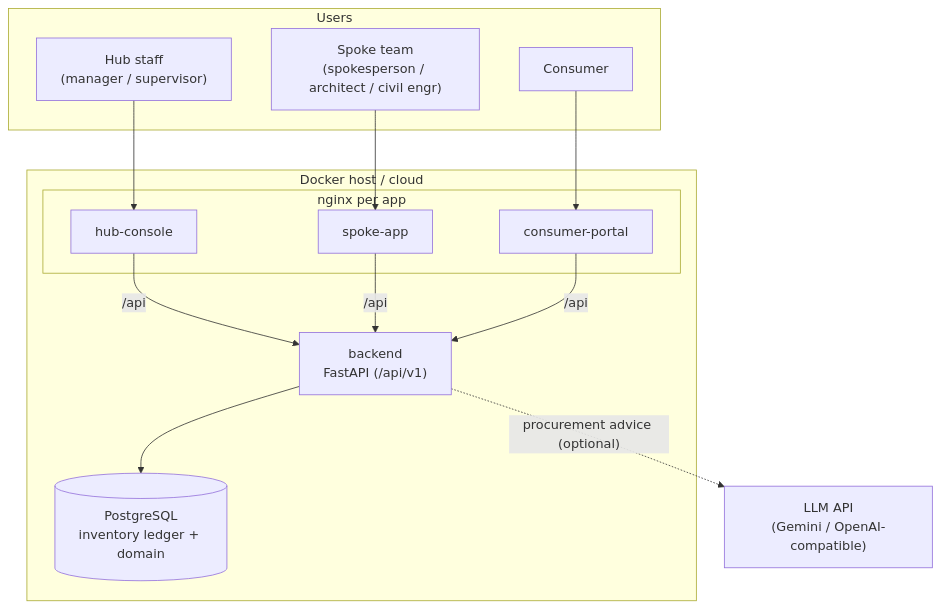
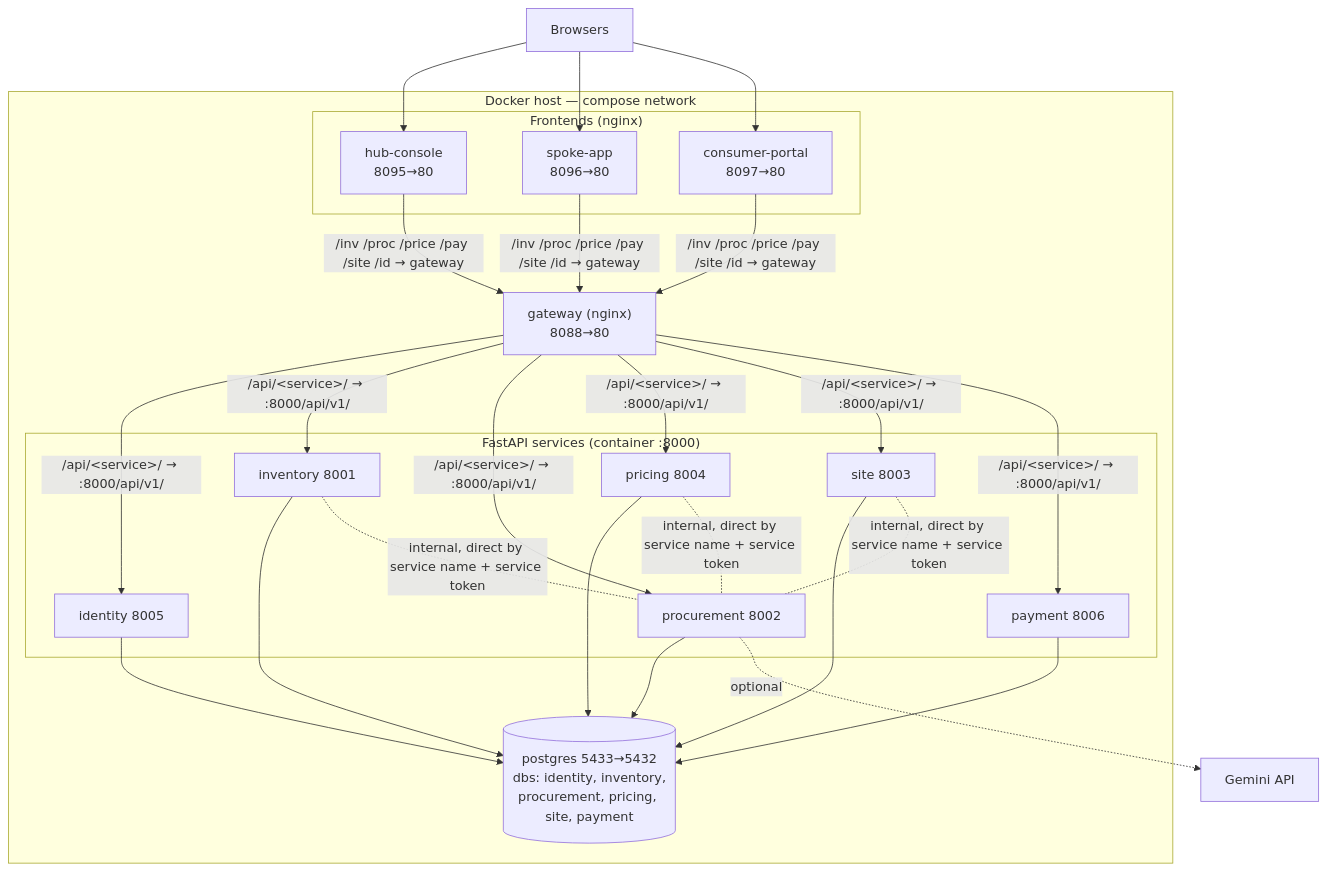
The diagram in docs/SLD.md (Tadipartirohith/CONSMAT-AI-V1), drawn with Mermaid before and after one commit. The commit also changed other lines of this file and 3 other files, not shown here.

````diff
--- a/docs/SLD.md
+++ b/docs/SLD.md
@@ -22,29 +15,29 @@
 ```mermaid
 flowchart TB
-    subgraph Browsers["Users"]
-        HubU["Hub staff<br/>(manager / supervisor)"]
-        SpokeU["Spoke team<br/>(spokesperson / architect / civil engr)"]
-        ConsU["Consumer"]
+    Browser["Browsers"]
+    subgraph Host["Docker host — compose network"]
+        subgraph Edge["Frontends (nginx)"]
+            HC["hub-console<br/>8095→80"]
+            SA["spoke-app<br/>8096→80"]
+            CP["consumer-portal<br/>8097→80"]
+        end
+        GW["gateway (nginx)<br/>8088→80"]
+        subgraph Services["FastAPI services (container :8000)"]
+            ID["identity 8005"]
+            INV["inventory 8001"]
+            PROC["procurement 8002"]
+            PRICE["pricing 8004"]
+            SITE["site 8003"]
+            PAY["payment 8006"]
+        end
+        DB[("postgres 5433→5432<br/>dbs: identity, inventory,<br/>procurement, pricing, site, payment")]
     end
+    LLM["Gemini API"]
 
-    subgraph Host["Docker host / cloud"]
-        subgraph Edge["nginx per app"]
-            HC["hub-console"]
-            SA["spoke-app"]
-            CP["consumer-portal"]
-        end
-        BK["backend<br/>FastAPI (/api/v1)"]
-        DB[("PostgreSQL<br/>inventory ledger + domain")]
-    end
-
-    LLM["LLM API<br/>(Gemini / OpenAI-compatible)"]
-
-    HubU --> HC
-    SpokeU --> SA
-    ConsU --> CP
-    HC -->|"/api"| BK
-    SA -->|"/api"| BK
-    CP -->|"/api"| BK
-    BK --> DB
-    BK -. "procurement advice (optional)" .-> LLM
+    Browser --> HC & SA & CP
+    HC & SA & CP -->|"/inv /proc /price /pay /site /id → gateway"| GW
+    GW -->|"/api/&lt;service&gt;/ → :8000/api/v1/"| ID & INV & PROC & PRICE & SITE & PAY
+    ID & INV & PROC & PRICE & SITE & PAY --> DB
+    INV & PRICE & SITE -. "internal, direct by service name + service token" .- PROC
+    PROC -. optional .-> LLM
 ```
````
